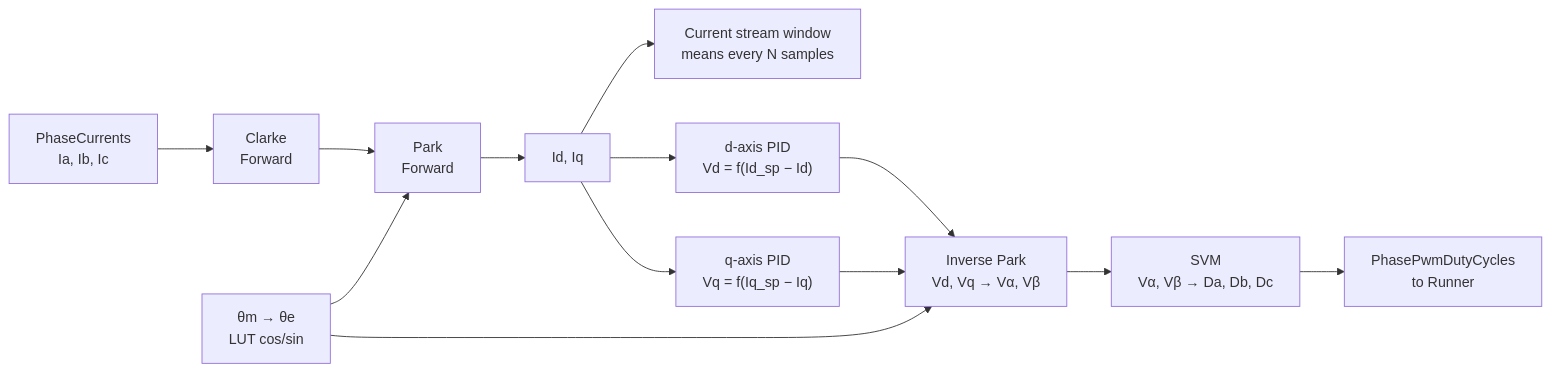
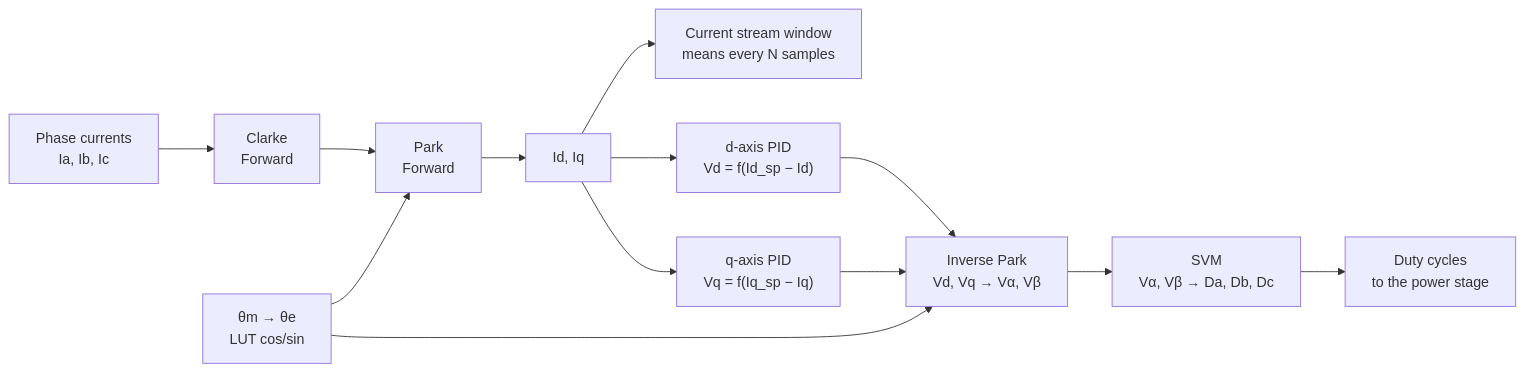
Before and after one commit to embedded-pro/e-foc: the first of 3 diagrams in documentation/design/foc-torque.md, drawn with Mermaid. The commit also changed other lines of this file and 37 other files, not shown here.

````diff
--- a/documentation/design/foc-torque.md
+++ b/documentation/design/foc-torque.md
@@ -69,15 +69,15 @@
 ```mermaid
 flowchart LR
-    A["PhaseCurrents\nIa, Ib, Ic"] --> B["Clarke\nForward"]
+    A["Phase currents\nIa, Ib, Ic"] --> B["Clarke\nForward"]
     B --> C["Park\nForward"]
     D["θm → θe\nLUT cos/sin"] --> C
     D --> H
     C --> E["Id, Iq"]
     E --> S["Current stream window\nmeans every N samples"]
     E --> F["d-axis PID\nVd = f(Id_sp − Id)"]
     E --> G["q-axis PID\nVq = f(Iq_sp − Iq)"]
     F --> H["Inverse Park\nVd, Vq → Vα, Vβ"]
     G --> H
     H --> I["SVM\nVα, Vβ → Da, Db, Dc"]
-    I --> J["PhasePwmDutyCycles\nto Runner"]
+    I --> J["Duty cycles\nto the power stage"]
 ```
````
